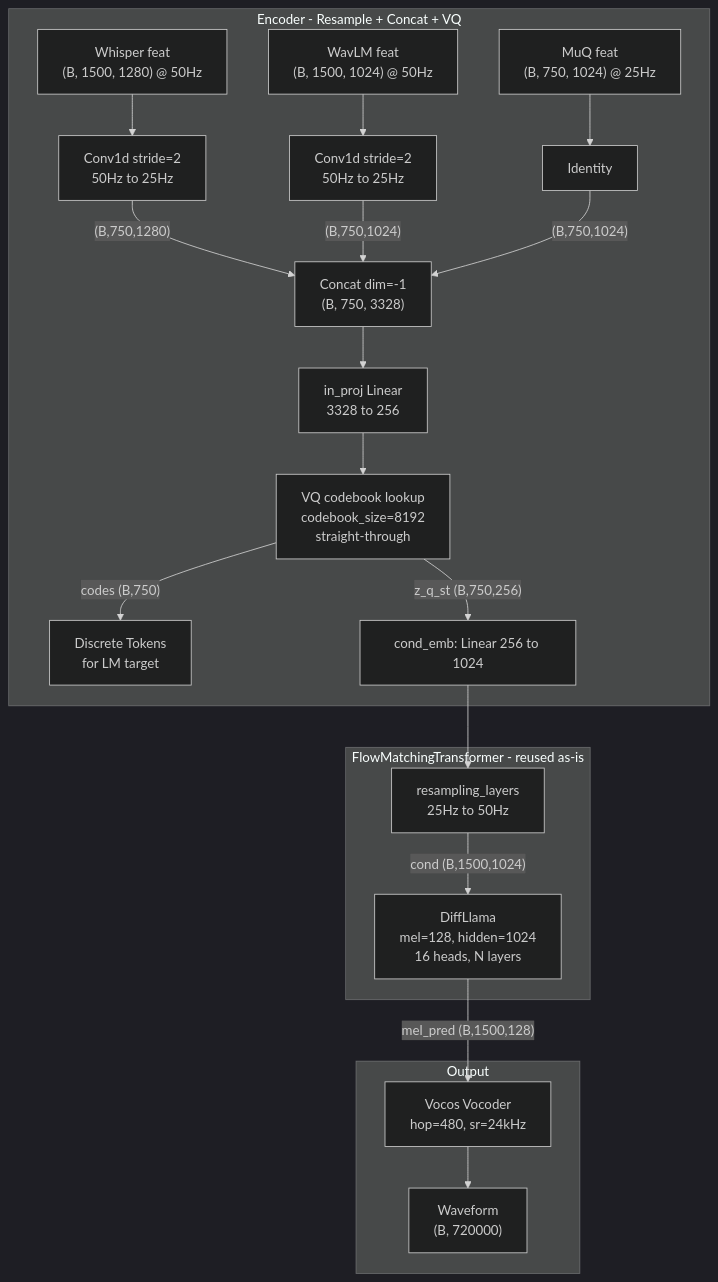
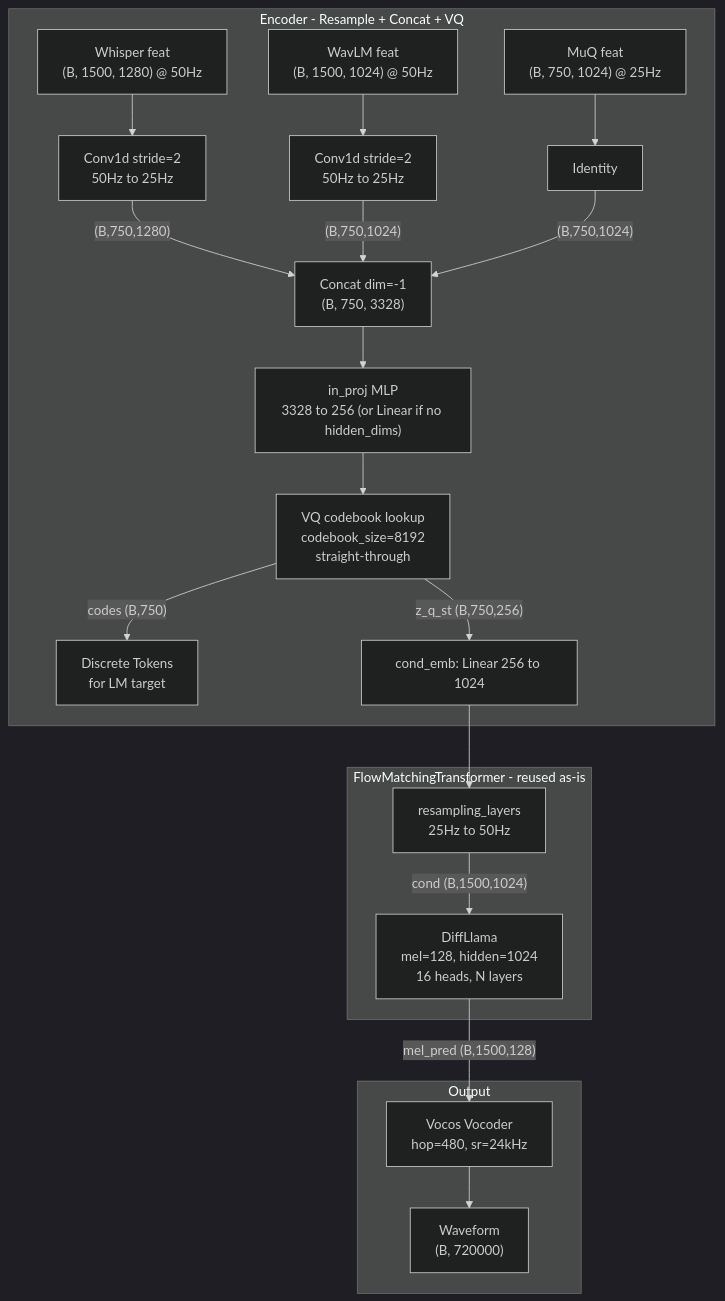
Before and after one commit to ezmonyi/music-codec: the diagram in ARCHITECTURE.md, drawn with Mermaid (dark theme). The commit also changed other lines of this file and 25 other files, not shown here.

````diff
--- a/ARCHITECTURE.md
+++ b/ARCHITECTURE.md
@@ -7,31 +7,31 @@
 ```mermaid
 flowchart TD
     subgraph encoder [Encoder - Resample + Concat + VQ]
         W["Whisper feat\n(B, 1500, 1280) @ 50Hz"]
         WL["WavLM feat\n(B, 1500, 1024) @ 50Hz"]
         M["MuQ feat\n(B, 750, 1024) @ 25Hz"]
         
         W --> WR["Conv1d stride=2\n50Hz to 25Hz"]
         WL --> WLR["Conv1d stride=2\n50Hz to 25Hz"]
         M --> MID["Identity"]
         
         WR -->|"(B,750,1280)"| CAT["Concat dim=-1\n(B, 750, 3328)"]
         WLR -->|"(B,750,1024)"| CAT
         MID -->|"(B,750,1024)"| CAT
 
-        CAT --> INPROJ["in_proj Linear\n3328 to 256"]
+        CAT --> INPROJ["in_proj MLP\n3328 to 256 (or Linear if no hidden_dims)"]
         INPROJ --> VQ["VQ codebook lookup\ncodebook_size=8192\nstraight-through"]
         VQ -->|"codes (B,750)"| CODES["Discrete Tokens\nfor LM target"]
         VQ -->|"z_q_st (B,750,256)"| CFM
     end
 
     subgraph cfm [FlowMatchingTransformer - reused as-is]
         CFM["cond_emb: Linear 256 to 1024"] --> RESAMP["resampling_layers\n25Hz to 50Hz"]
         RESAMP -->|"cond (B,1500,1024)"| LLAMA["DiffLlama\nmel=128, hidden=1024\n16 heads, N layers"]
     end
     
     subgraph output [Output]
         LLAMA -->|"mel_pred (B,1500,128)"| VOC["Vocos Vocoder\nhop=480, sr=24kHz"]
         VOC --> AUDIO["Waveform\n(B, 720000)"]
     end
 ```
````
